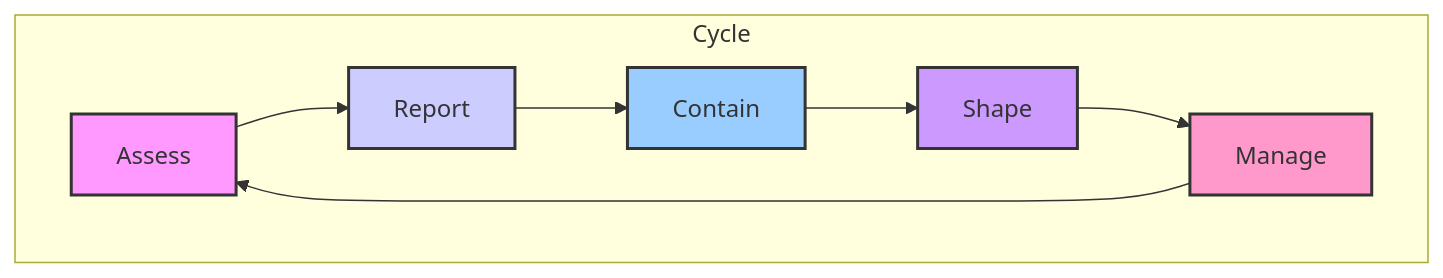
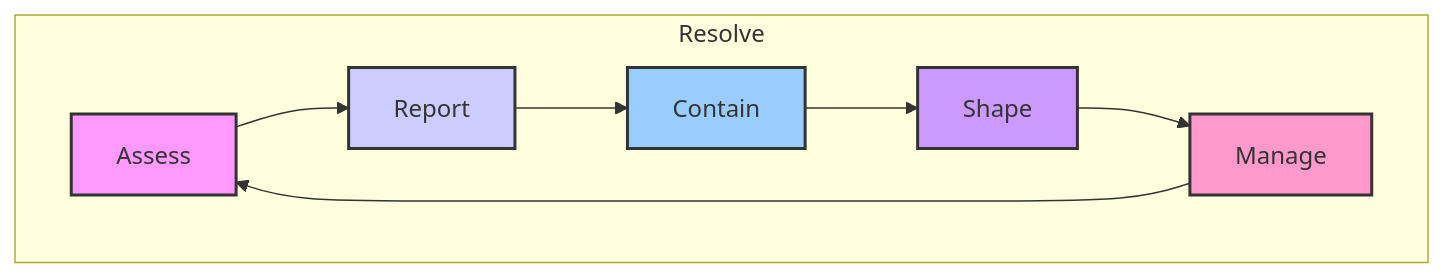
One commit to eugeneckim/principles changed the diagram in mcraven.org. Above: the diagram before and after it, drawn with Mermaid. The commit also changed other lines of this file and 1 other file, not shown here.

```diff
--- a/mcraven.org
+++ b/mcraven.org
@@ -12,16 +12,16 @@
 #+begin_src mermaid
     graph TD
-    subgraph Cycle
+    subgraph Resolve
         Assess --> Report;
         Report --> Contain;
         Contain --> Shape;
         Shape --> Manage;
         Manage --> Assess;
     end
 
     style Assess fill:#f9f,stroke:#333,stroke-width:2px
     style Report fill:#ccf,stroke:#333,stroke-width:2px
     style Contain fill:#9cf,stroke:#333,stroke-width:2px
     style Shape fill:#c9f,stroke:#333,stroke-width:2px
     style Manage fill:#f9c,stroke:#333,stroke-width:2px  
 #+end_src
```
